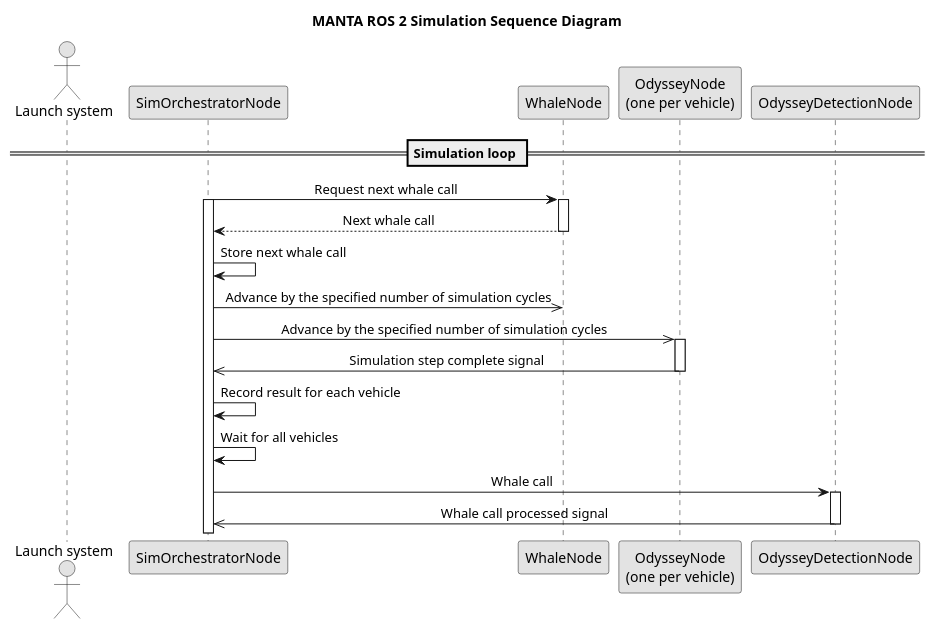
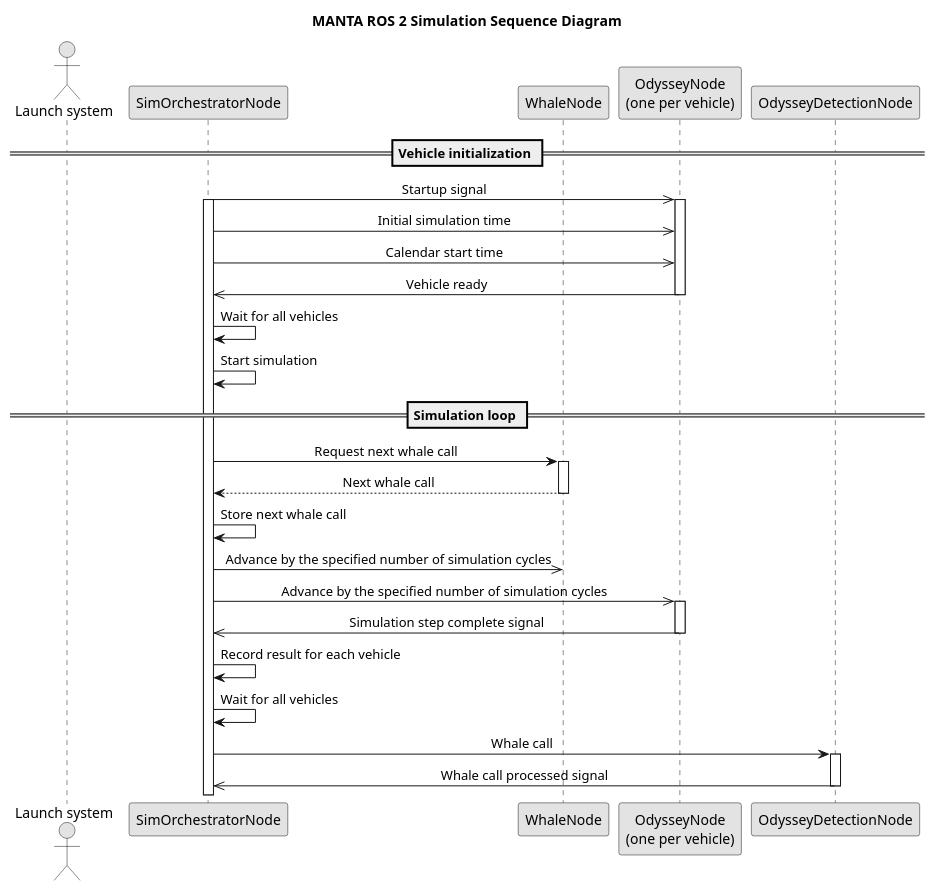
The diagram in components/manta_core/docs/sim_orchestrator_sequence.puml (Tebcherani/MANTA), drawn with PlantUML before and after one commit. The commit also changed 16 other files, not shown here.

```diff
--- a/components/manta_core/docs/sim_orchestrator_sequence.puml
+++ b/components/manta_core/docs/sim_orchestrator_sequence.puml
@@ -1,41 +1,53 @@
 @startuml
 title MANTA ROS 2 Simulation Sequence Diagram
 
 skinparam monochrome true
 skinparam shadowing false
 skinparam sequenceMessageAlign center
 skinparam responseMessageBelowArrow true
 
 actor "Launch system" as Launcher
 participant "SimOrchestratorNode" as Orchestrator
 participant "WhaleNode" as Whale
 participant "OdysseyNode\n(one per vehicle)" as Odyssey
 participant "OdysseyDetectionNode" as Detection
 
 
+== Vehicle initialization ==
+
+Orchestrator ->> Odyssey : Startup signal
+activate Orchestrator
+activate Odyssey
+Orchestrator ->> Odyssey : Initial simulation time
+Orchestrator ->> Odyssey : Calendar start time
+Odyssey ->> Orchestrator : Vehicle ready
+deactivate Odyssey
+
+Orchestrator -> Orchestrator : Wait for all vehicles
+Orchestrator -> Orchestrator : Start simulation
+
 == Simulation loop ==
 
-    Orchestrator -> Whale : Request next whale call
-    activate Orchestrator
+Orchestrator -> Whale : Request next whale call
     activate Whale
     Whale --> Orchestrator : Next whale call
     deactivate Whale
 
     Orchestrator -> Orchestrator : Store next whale call
 
     Orchestrator ->> Whale : Advance by the specified number of simulation cycles
 
     Orchestrator ->> Odyssey : Advance by the specified number of simulation cycles
     activate Odyssey
     Odyssey ->> Orchestrator : Simulation step complete signal
     deactivate Odyssey
 
     Orchestrator -> Orchestrator : Record result for each vehicle
     Orchestrator -> Orchestrator : Wait for all vehicles
 
     Orchestrator -> Detection : Whale call
     activate Detection
     Detection ->> Orchestrator : Whale call processed signal
     deactivate Detection
 
 @enduml
```
